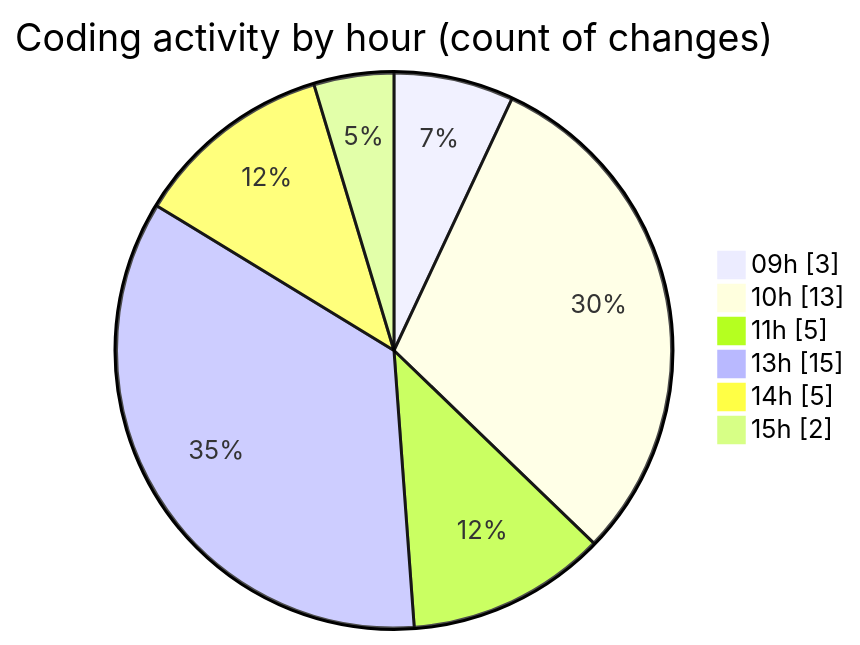
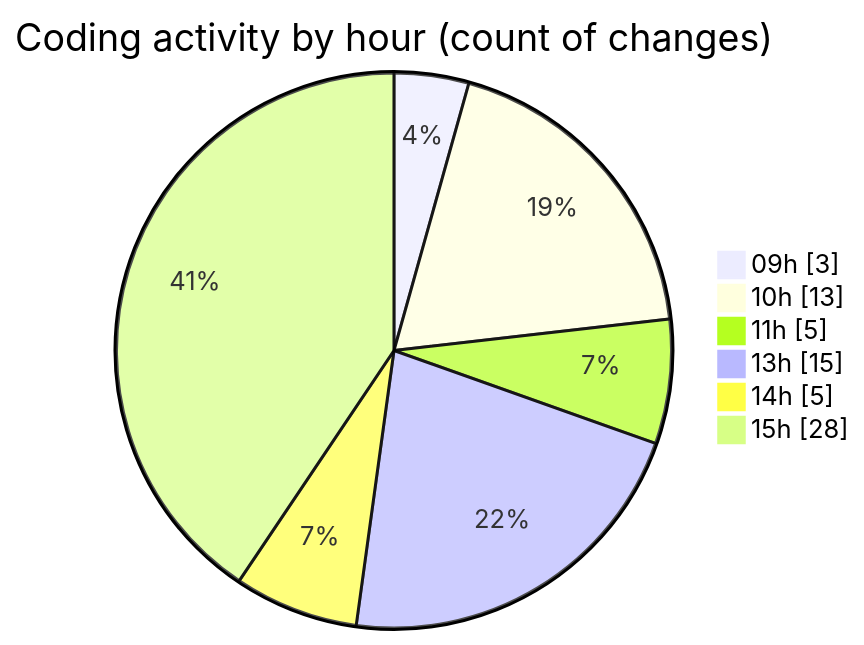
Before and after one commit to momahboobian/code-tracking: the second of 2 diagrams in 2026-10-29/cda/README.md, drawn with Mermaid. The commit also changed other lines of this file and 1 other file, not shown here.

````diff
--- a/2026-10-29/cda/README.md
+++ b/2026-10-29/cda/README.md
@@ -45,10 +47,10 @@
 ```mermaid
 pie showData
 title Coding activity by hour (count of changes)
 "09h" : 3
 "10h" : 13
 "11h" : 5
 "13h" : 15
 "14h" : 5
-"15h" : 2
+"15h" : 28
 ```
````
